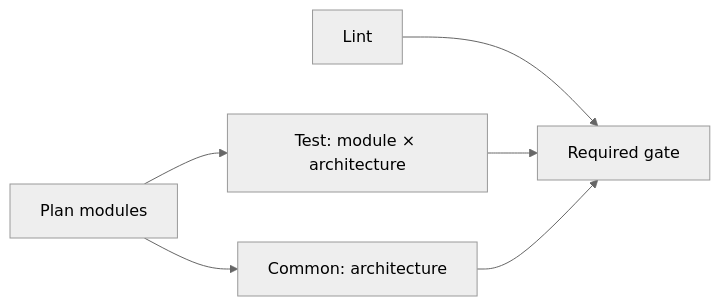
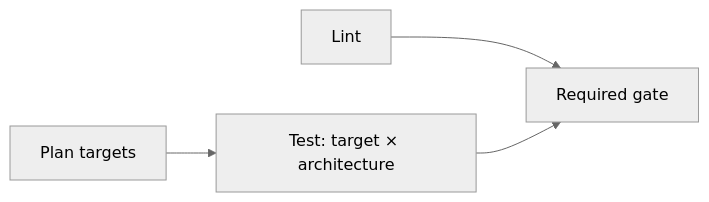
The diagram in guides/automation.md (limanix/modules), drawn with Mermaid (neutral theme) before and after one commit. The commit also changed other lines of this file and 9 other files, not shown here.

````diff
--- a/guides/automation.md
+++ b/guides/automation.md
@@ -22,8 +22,6 @@
 ```mermaid
 flowchart LR
-    plan[Plan modules] --> test[Test: module × architecture]
-    plan --> common[Common: architecture]
+    plan[Plan targets] --> test[Test: target × architecture]
     lint[Lint] --> gate[Required gate]
     test --> gate
-    common --> gate
 ```
````
